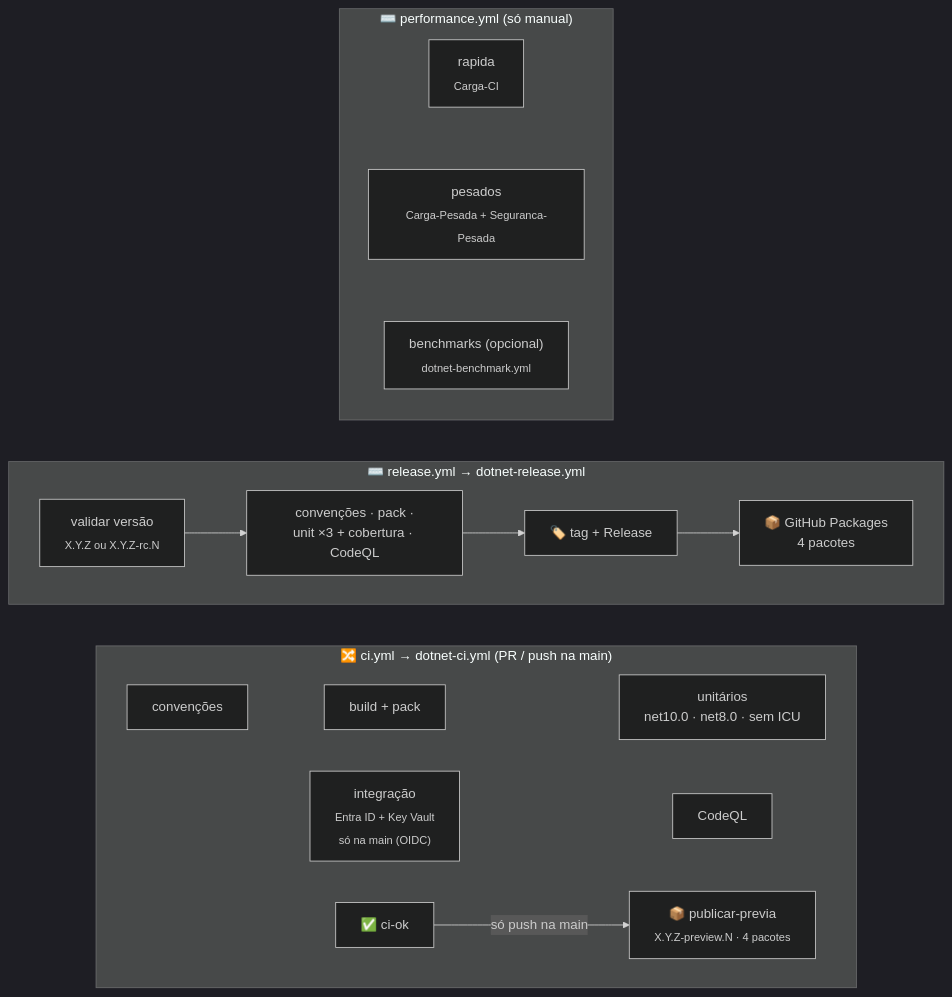
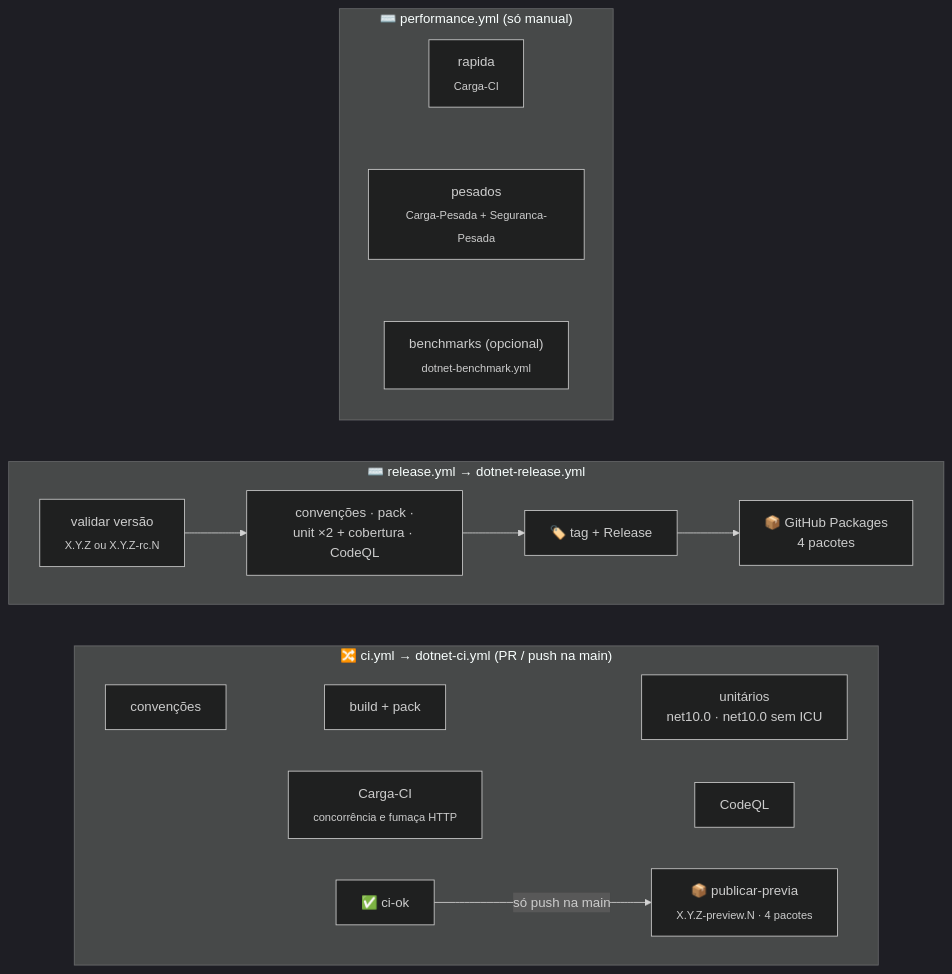
One commit to tudoemcodigo/lib-tec-security changed the diagram in .github/workflows/README.md. Above: the diagram before and after it, drawn with Mermaid (dark theme). The commit also changed other lines of this file and 75 other files, not shown here.

````diff
--- a/.github/workflows/README.md
+++ b/.github/workflows/README.md
@@ -29,17 +29,17 @@
 ```mermaid
 flowchart LR
     subgraph PR["🔀 ci.yml → dotnet-ci.yml (PR / push na main)"]
         direction LR
-        CV["convenções"] ~~~ BP["build + pack"] ~~~ U["unitários<br/>net10.0 · net8.0 · sem ICU"]
-        IT["integração<br/><sub>Entra ID + Key Vault<br/>só na main (OIDC)</sub>"] ~~~ CQ["CodeQL"]
+        CV["convenções"] ~~~ BP["build + pack"] ~~~ U["unitários<br/>net10.0 · net10.0 sem ICU"]
+        IT["Carga-CI<br/><sub>concorrência e fumaça HTTP</sub>"] ~~~ CQ["CodeQL"]
         OK["✅ ci-ok"]
         OK -- "só push na main" --> PV["📦 publicar-previa<br/><sub>X.Y.Z-preview.N · 4 pacotes</sub>"]
     end
     subgraph REL["⌨️ release.yml → dotnet-release.yml"]
         direction LR
-        V["validar versão<br/><sub>X.Y.Z ou X.Y.Z-rc.N</sub>"] --> G["convenções · pack ·<br/>unit ×3 + cobertura · CodeQL"] --> TAG["🏷️ tag + Release"] --> PUB["📦 GitHub Packages<br/>4 pacotes"]
+        V["validar versão<br/><sub>X.Y.Z ou X.Y.Z-rc.N</sub>"] --> G["convenções · pack ·<br/>unit ×2 + cobertura · CodeQL"] --> TAG["🏷️ tag + Release"] --> PUB["📦 GitHub Packages<br/>4 pacotes"]
     end
     subgraph PERF["⌨️ performance.yml (só manual)"]
         RA["rapida<br/><sub>Carga-CI</sub>"] ~~~ HV["pesados<br/><sub>Carga-Pesada + Seguranca-Pesada</sub>"] ~~~ BM["benchmarks (opcional)<br/><sub>dotnet-benchmark.yml</sub>"]
     end
 ```
````
